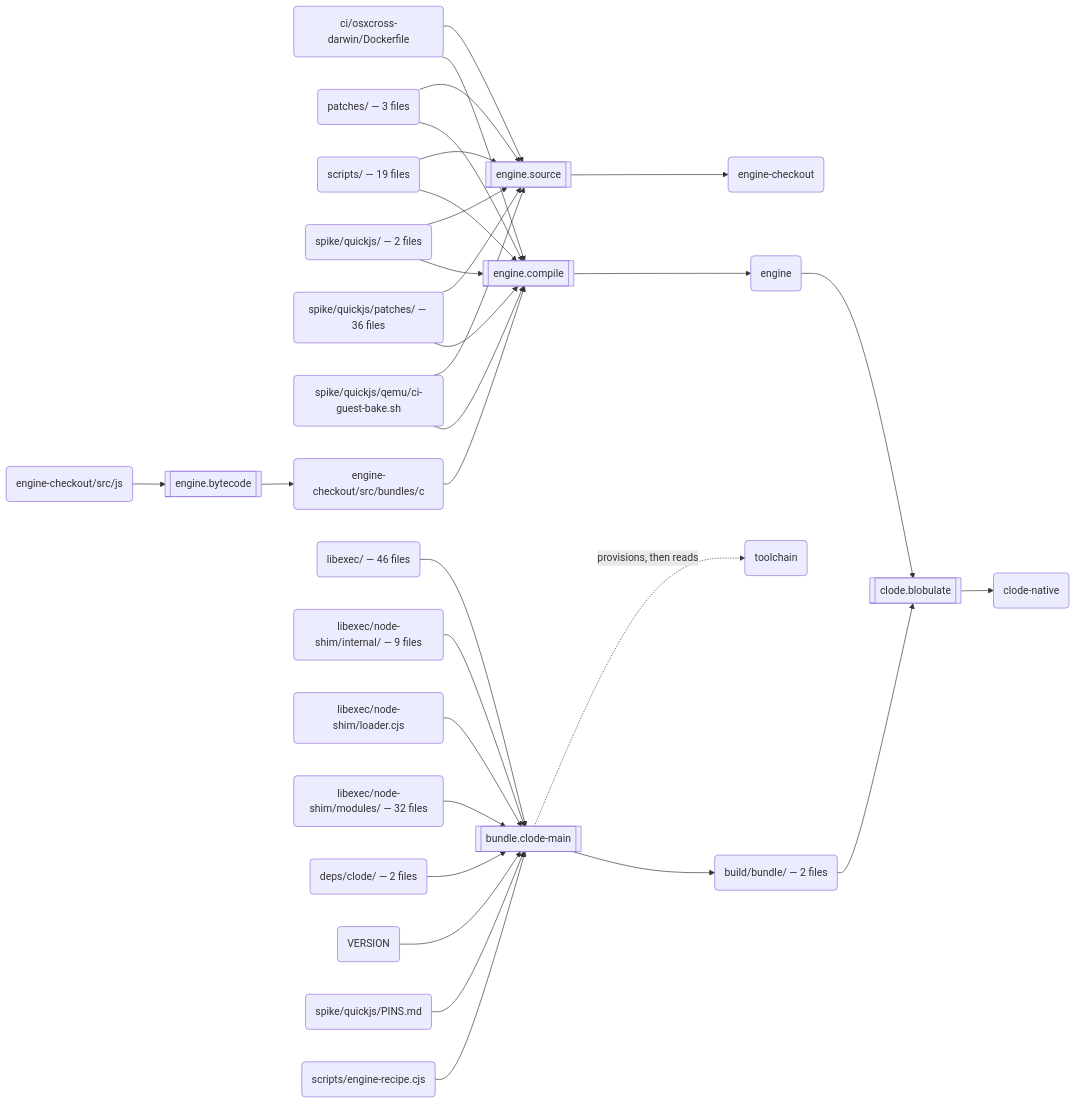
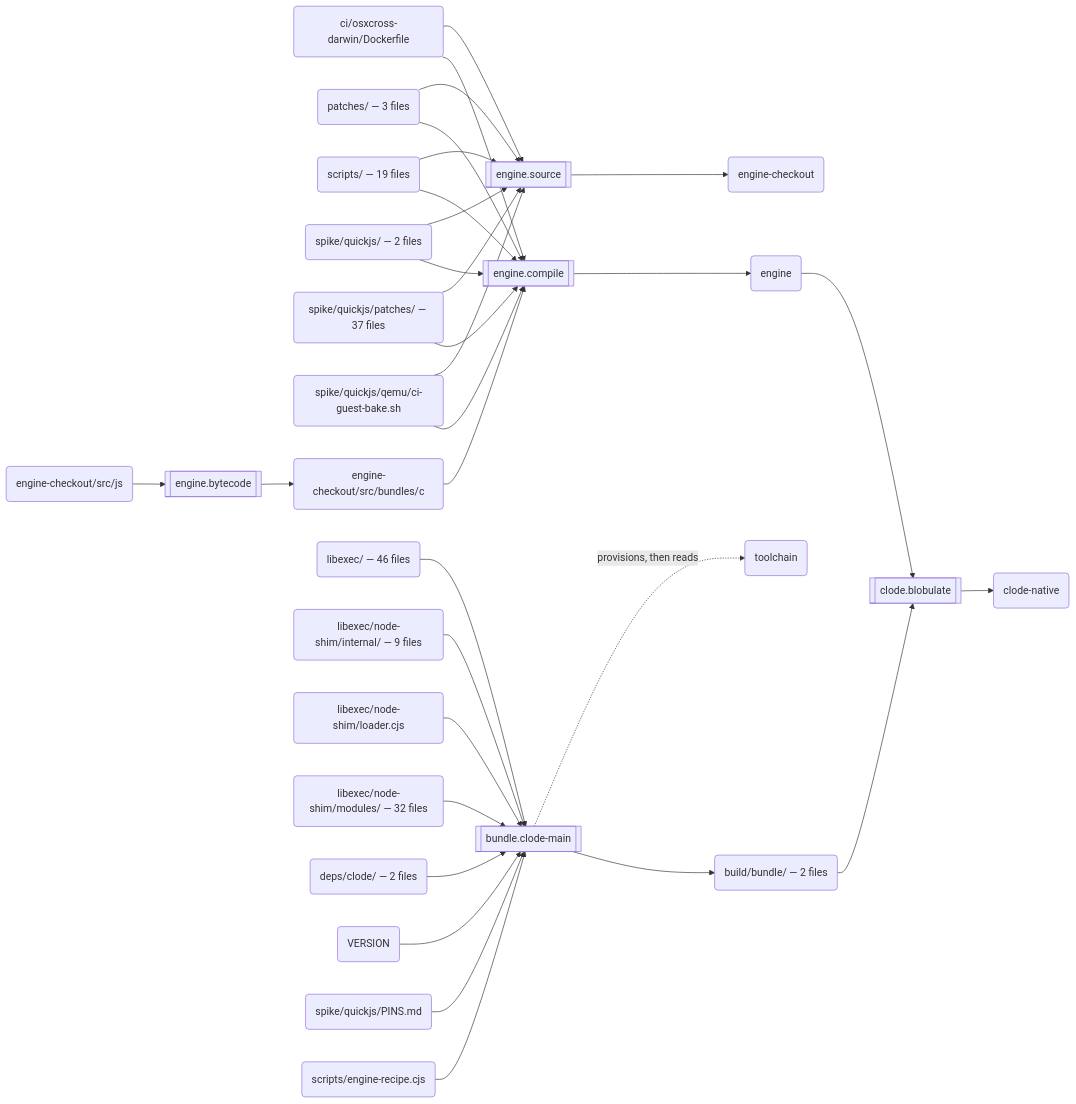
Before and after one commit to schmonz/clode: the second of 3 diagrams in docs/build.md, drawn with Mermaid. The commit also changed other lines of this file and 7 other files, not shown here.

````diff
--- a/docs/build.md
+++ b/docs/build.md
@@ -123,59 +123,59 @@
 ```mermaid
 flowchart LR
   s0[["engine.source"]]
   a0("ci/osxcross-darwin/Dockerfile")
   a1("patches/ — 3 files")
   a2("scripts/ — 19 files")
   a3("spike/quickjs/ — 2 files")
-  a4("spike/quickjs/patches/ — 36 files")
+  a4("spike/quickjs/patches/ — 37 files")
   a5("spike/quickjs/qemu/ci-guest-bake.sh")
   a6("engine-checkout")
   s1[["engine.bytecode"]]
   a7("engine-checkout/src/js")
   a8("engine-checkout/src/bundles/c")
   s2[["engine.compile"]]
   a9("engine")
   s3[["bundle.clode-main"]]
   a10("libexec/ — 46 files")
   a11("libexec/node-shim/internal/ — 9 files")
   a12("libexec/node-shim/loader.cjs")
   a13("libexec/node-shim/modules/ — 32 files")
   a14("deps/clode/ — 2 files")
   a15("VERSION")
   a16("spike/quickjs/PINS.md")
   a17("scripts/engine-recipe.cjs")
   a18("toolchain")
   a19("build/bundle/ — 2 files")
   s4[["clode.blobulate"]]
   a20("clode-native")
   a0 --> s0
   a1 --> s0
   a2 --> s0
   a3 --> s0
   a4 --> s0
   a5 --> s0
   s0 --> a6
   a7 --> s1
   s1 --> a8
   a8 --> s2
   a0 --> s2
   a1 --> s2
   a2 --> s2
   a3 --> s2
   a4 --> s2
   a5 --> s2
   s2 --> a9
   a10 --> s3
   a11 --> s3
   a12 --> s3
   a13 --> s3
   a14 --> s3
   a15 --> s3
   a16 --> s3
   a17 --> s3
   s3 -.->|"provisions, then reads"| a18
   s3 --> a19
   a9 --> s4
   a19 --> s4
   s4 --> a20
 ```
````
